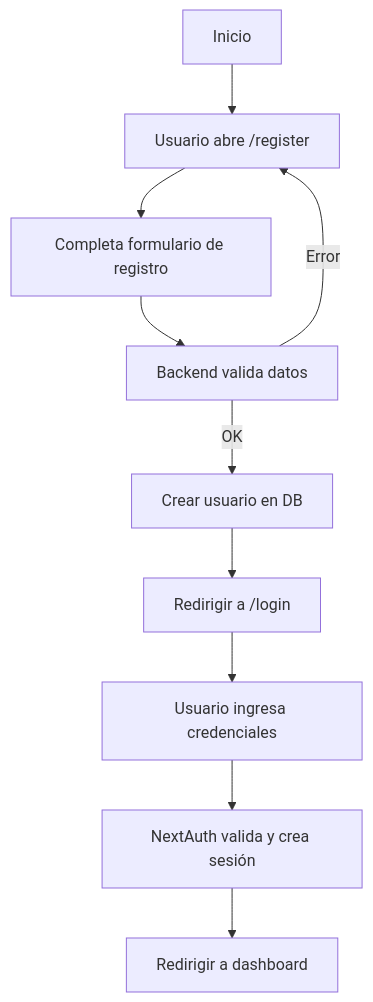
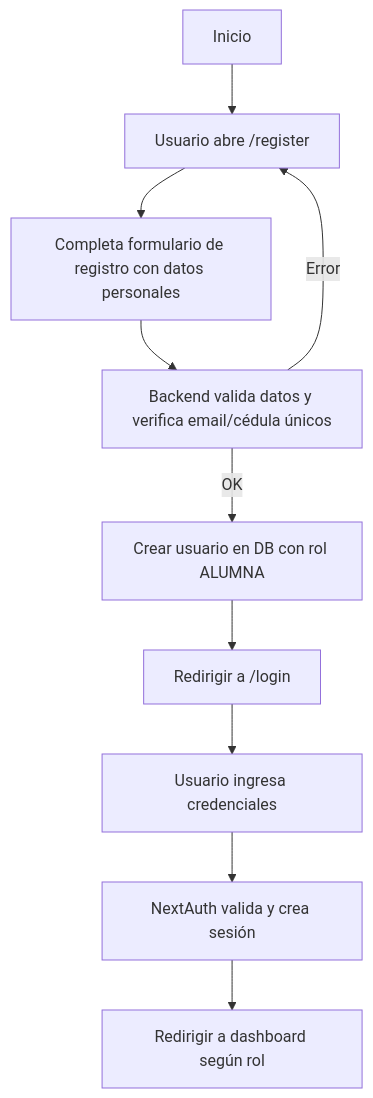
Before and after one commit to vanesabrito/bellydance-project: the sixth of 9 diagrams in README.md, drawn with Mermaid. The commit also changed other lines of this file, not shown here.

Commit message:
Actualizar README con descripción detallada del sistema, roles actuales, diagramas de dominio y casos de uso

````diff
--- a/README.md
+++ b/README.md
@@ -87,12 +432,12 @@
 ```mermaid
 flowchart TD
   A[Inicio] --> B[Usuario abre /register]
-  B --> C[Completa formulario de registro]
-  C --> D[Backend valida datos]
-  D -->|OK| E[Crear usuario en DB]
+  B --> C[Completa formulario de registro con datos personales]
+  C --> D[Backend valida datos y verifica email/cédula únicos]
+  D -->|OK| E[Crear usuario en DB con rol ALUMNA]
   D -->|Error| B
   E --> F[Redirigir a /login]
   F --> G[Usuario ingresa credenciales]
   G --> H[NextAuth valida y crea sesión]
-  H --> I[Redirigir a dashboard]
+  H --> I[Redirigir a dashboard según rol]
 ```
````
